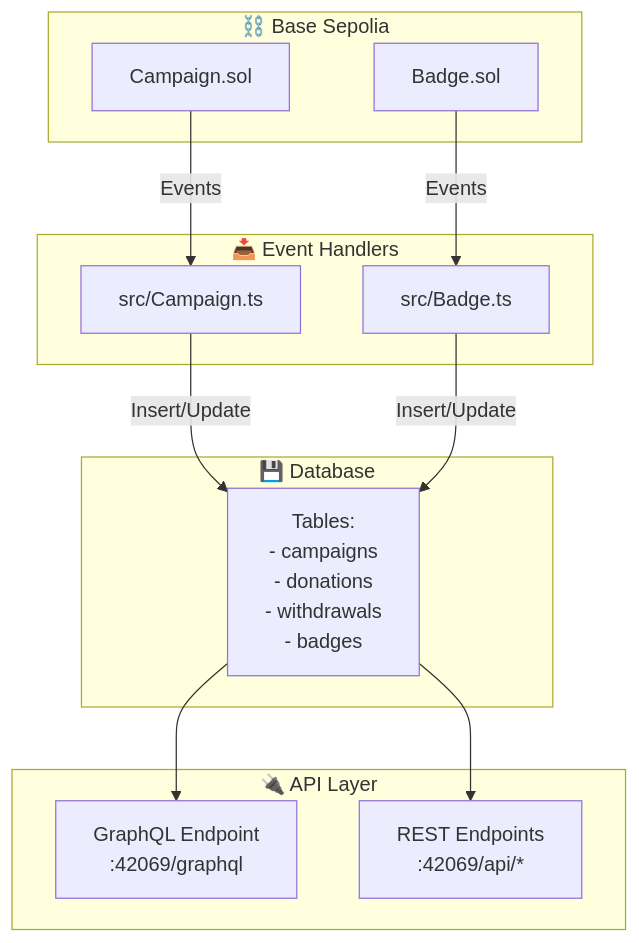
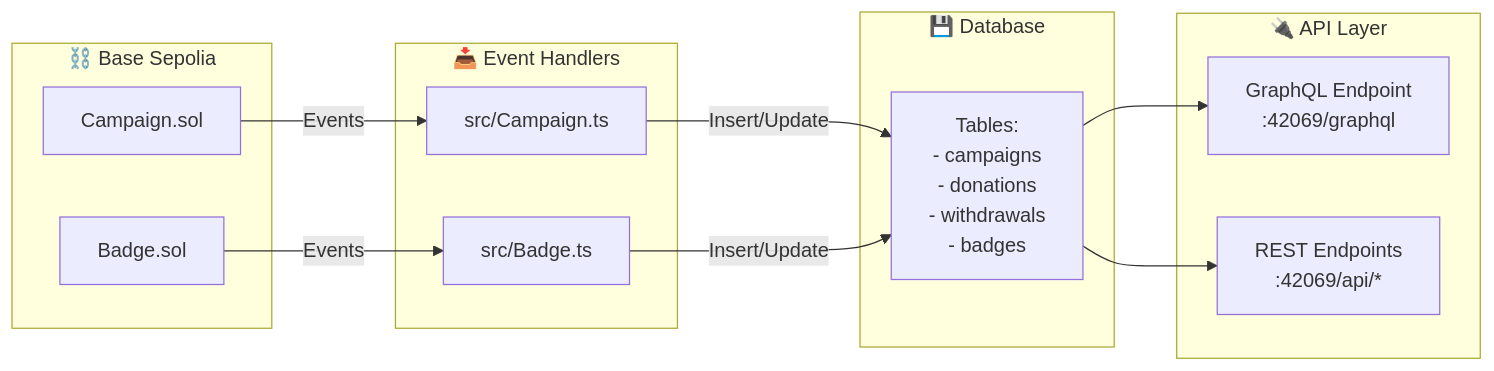
The first of 3 diagrams in pitching/How to Run/4. Indexer Guide.md (CrowdFUNding-Base/SC), drawn with Mermaid before and after one commit. The commit also changed 1 other file, not shown here.

Commit message:
docs: change directio

````diff
--- a/pitching/How to Run/4. Indexer Guide.md
+++ b/pitching/How to Run/4. Indexer Guide.md
@@ -19,28 +19,28 @@
 ```mermaid
-flowchart TB
+flowchart LR
     subgraph Blockchain["⛓️ Base Sepolia"]
         Campaign["Campaign.sol"]
         Badge["Badge.sol"]
     end
 
     subgraph EventHandlers["📥 Event Handlers"]
         CampaignHandler["src/Campaign.ts"]
         BadgeHandler["src/Badge.ts"]
     end
 
     subgraph Database["💾 Database"]
         Tables["Tables:\n- campaigns\n- donations\n- withdrawals\n- badges"]
     end
 
     subgraph APIs["🔌 API Layer"]
         GraphQL["GraphQL Endpoint\n:42069/graphql"]
         REST["REST Endpoints\n:42069/api/*"]
     end
 
     Campaign --> |"Events"| CampaignHandler
     Badge --> |"Events"| BadgeHandler
     CampaignHandler --> |"Insert/Update"| Tables
     BadgeHandler --> |"Insert/Update"| Tables
     Tables --> GraphQL
     Tables --> REST
 ```
````
